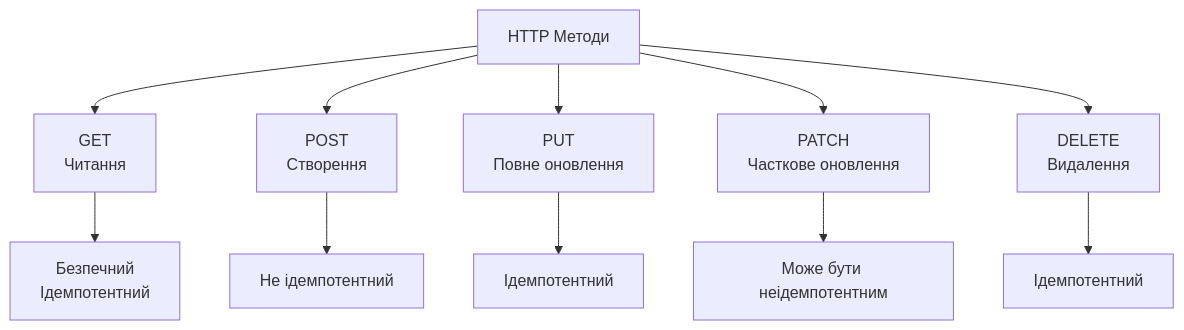
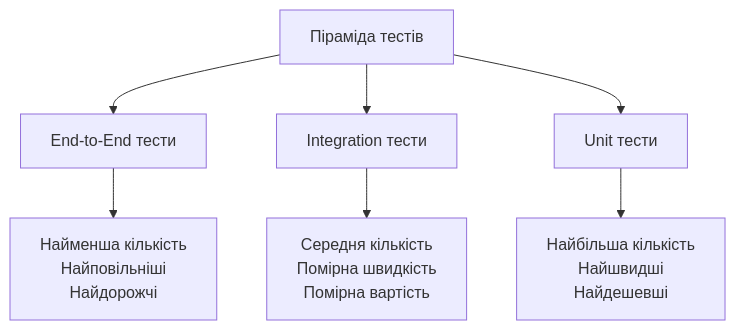
One commit to olroi421/course-opi changed the first of 3 diagrams in docs/lectures/lecture-12.md. Above: the diagram before and after it, drawn with Mermaid. The commit also changed other lines of this file and 8 other files, not shown here.

````diff
--- a/docs/lectures/lecture-12.md
+++ b/docs/lectures/lecture-12.md
@@ -87,14 +43,10 @@
 ```mermaid
 graph TB
-    A[HTTP Методи] --> B[GET<br/>Читання]
-    A --> C[POST<br/>Створення]
-    A --> D[PUT<br/>Повне оновлення]
-    A --> E[PATCH<br/>Часткове оновлення]
-    A --> F[DELETE<br/>Видалення]
+    A[Піраміда тестів] --> B[End-to-End тести]
+    A --> C[Integration тести]
+    A --> D[Unit тести]
 
-    B --> G[Безпечний<br/>Ідемпотентний]
-    C --> H[Не ідемпотентний]
-    D --> I[Ідемпотентний]
-    E --> J[Може бути неідемпотентним]
-    F --> K[Ідемпотентний]
+    B --> E[Найменша кількість<br/>Найповільніші<br/>Найдорожчі]
+    C --> F[Середня кількість<br/>Помірна швидкість<br/>Помірна вартість]
+    D --> G[Найбільша кількість<br/>Найшвидші<br/>Найдешевші]
 ```
````
